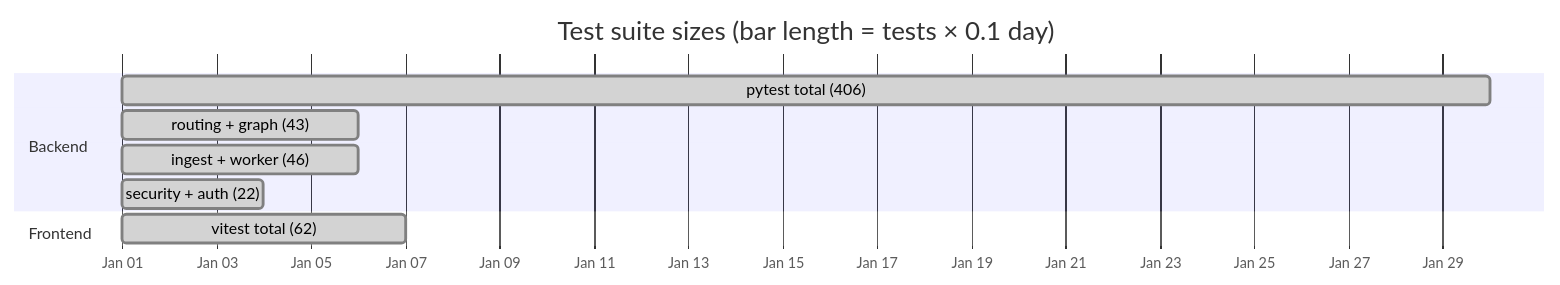
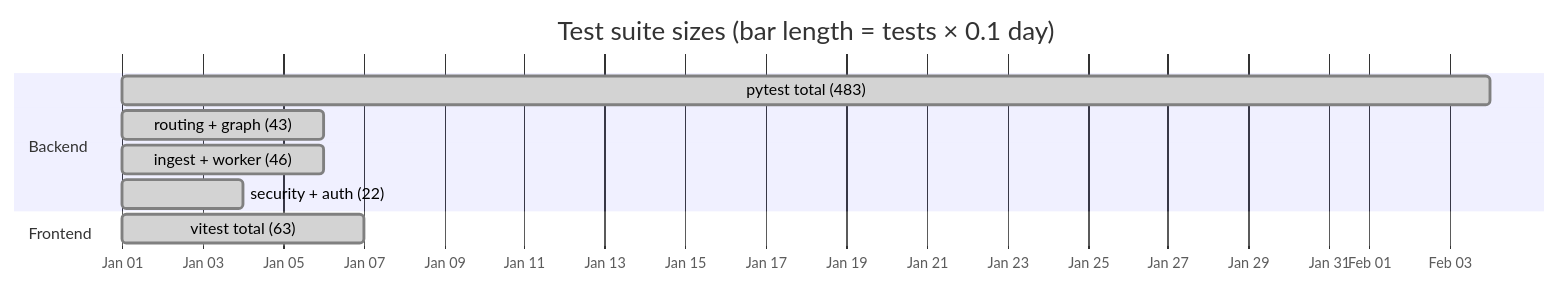
The seventh of 9 diagrams in README.md (sheikhayaan/AUTOPR), drawn with Mermaid before and after one commit. The commit also changed other lines of this file and 10 other files, not shown here.

````diff
--- a/README.md
+++ b/README.md
@@ -975,13 +986,13 @@
 ```mermaid
 gantt
     title Test suite sizes (bar length = tests × 0.1 day)
     dateFormat YYYY-MM-DD
     axisFormat %b %d
     section Backend
-    pytest total (406)          :done, a1, 2026-01-01, 29d
+    pytest total (483)          :done, a1, 2026-01-01, 34d
     routing + graph (43)        :done, a2, 2026-01-01, 5d
     ingest + worker (46)        :done, a3, 2026-01-01, 5d
     security + auth (22)        :done, a4, 2026-01-01, 3d
     section Frontend
-    vitest total (62)           :done, b1, 2026-01-01, 6d
+    vitest total (63)           :done, b1, 2026-01-01, 6d
 ```
````
